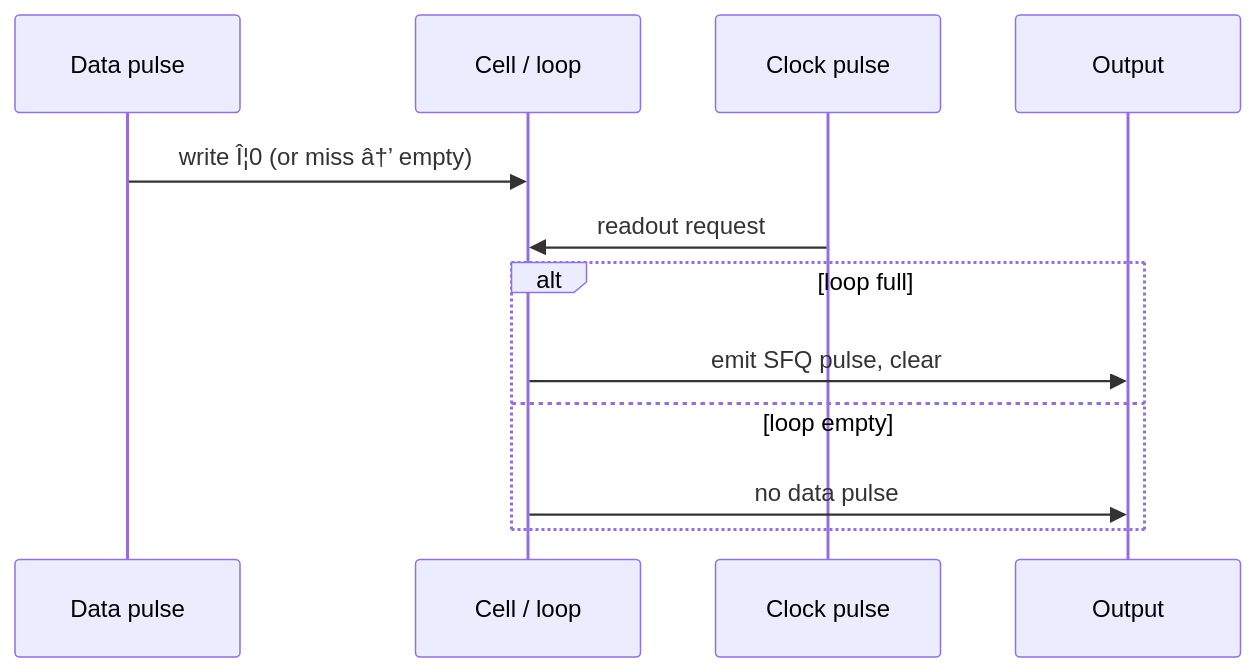
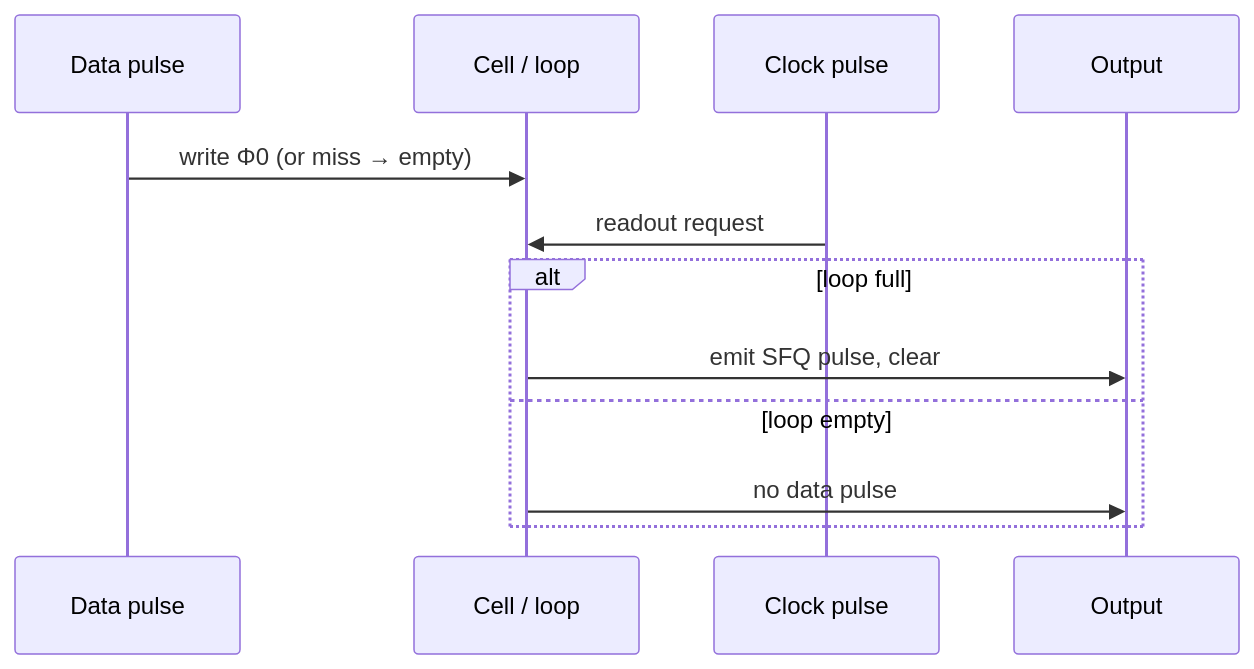
One commit to Single-Flux-Quantum/sfq-learn-public changed the second of 2 diagrams in docs/concepts/rsfq-logic.md. Above: the diagram before and after it, drawn with Mermaid. The commit also changed other lines of this file and 39 other files, not shown here.

````diff
--- a/docs/concepts/rsfq-logic.md
+++ b/docs/concepts/rsfq-logic.md
@@ -100,14 +100,14 @@
 ```mermaid
 sequenceDiagram
   participant D as Data pulse
   participant C as Cell / loop
   participant K as Clock pulse
   participant O as Output
-  D->>C: write Î¦0 (or miss â†’ empty)
+  D->>C: write Φ0 (or miss → empty)
   K->>C: readout request
   alt loop full
     C->>O: emit SFQ pulse, clear
   else loop empty
     C->>O: no data pulse
   end
 ```
````
